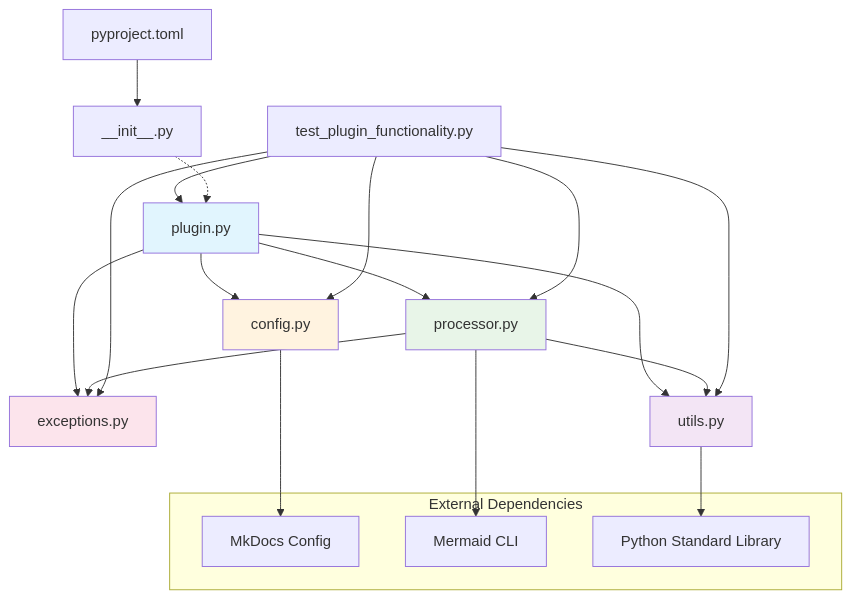
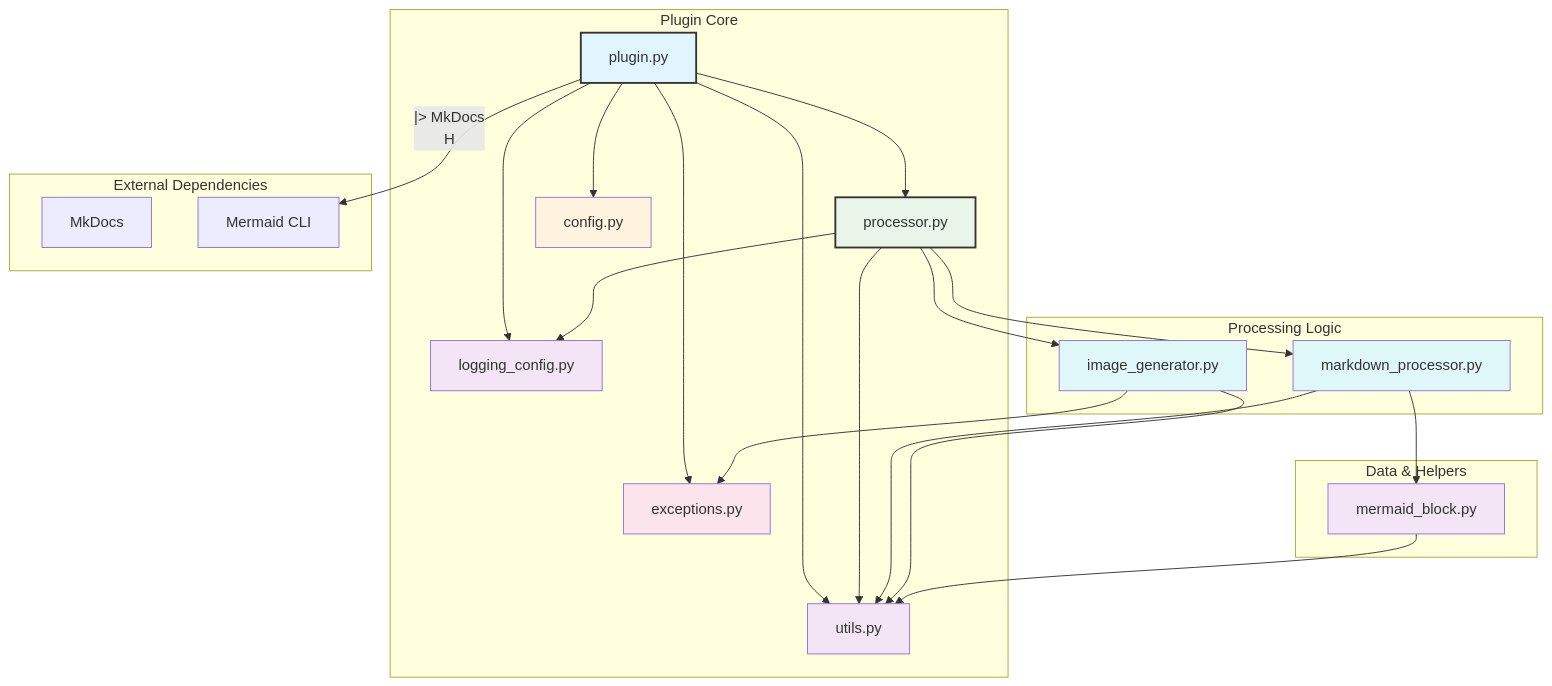
Before and after one commit to nuitsjp/mkdocs-mermaid-to-svg: the first of 6 diagrams in docs/architecture.md, drawn with Mermaid. The commit also changed other lines of this file, not shown here.

Commit message:
docs: architecture.mdを最新のソースコードに合わせて更新

````diff
--- a/docs/architecture.md
+++ b/docs/architecture.md
@@ -31,37 +31,43 @@
 ```mermaid
 graph TD
-    A[plugin.py] --> B[config.py]
-    A --> C[processor.py]
-    A --> D[exceptions.py]
-    A --> E[utils.py]
+    subgraph "Plugin Core"
+        A[plugin.py] --> B[processor.py]
+        A --> C[config.py]
+        A --> D[exceptions.py]
+        A --> E[utils.py]
+        A --> F[logging_config.py]
+    end
 
-    C --> D
-    C --> E
+    subgraph "Processing Logic"
+        B --> G[markdown_processor.py]
+        B --> H[image_generator.py]
+        B --> E
+        B --> F
+    end
 
-    B --> MkDocs[MkDocs Config]
-
-    F[test_plugin_functionality.py] --> A
-    F --> B
-    F --> C
-    F --> D
-    F --> E
-
-    G[__init__.py] -.-> A
-
-    H[pyproject.toml] --> G
+    subgraph "Data & Helpers"
+        G --> I[mermaid_block.py]
+        G --> E
+        H --> D
+        H --> E
+        I --> E
+    end
 
     subgraph "External Dependencies"
-        MkDocs
-        CLI[Mermaid CLI]
-        Python[Python Standard Library]
+        MkDocs[MkDocs]
+        MermaidCLI[Mermaid CLI]
     end
 
-    C --> CLI
-    E --> Python
+    A --|> MkDocs
+    H --> MermaidCLI
 
-    style A fill:#e1f5fe
-    style C fill:#e8f5e8
-    style B fill:#fff3e0
+    style A fill:#e1f5fe,stroke:#333,stroke-width:2px
+    style B fill:#e8f5e8,stroke:#333,stroke-width:2px
+    style G fill:#e0f7fa
+    style H fill:#e0f7fa
+    style I fill:#f3e5f5
+    style C fill:#fff3e0
     style D fill:#fce4ec
     style E fill:#f3e5f5
+    style F fill:#f3e5f5
 ```
````
